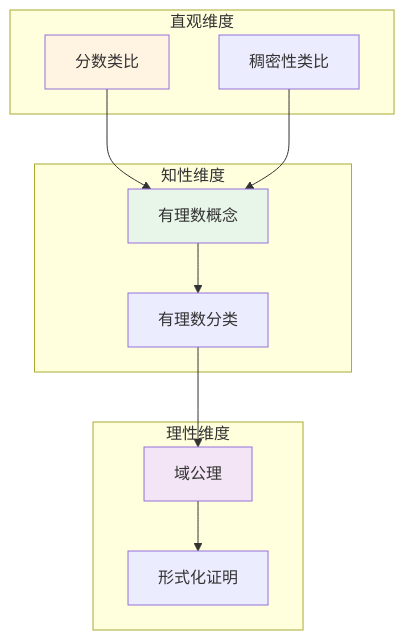
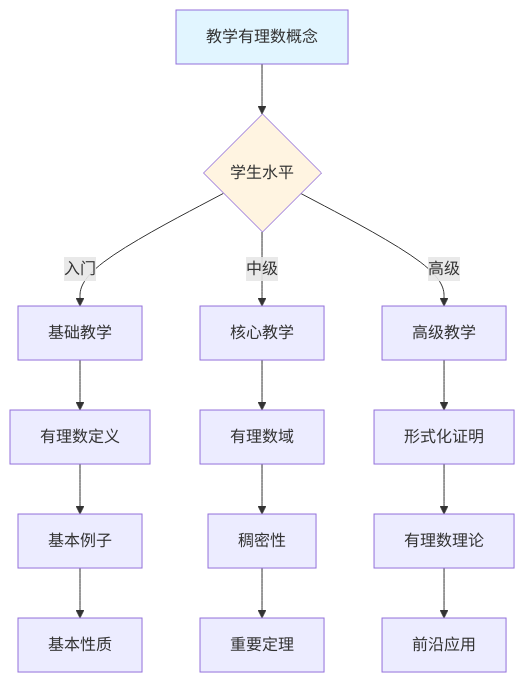
Before and after one commit to AdaMartin18010/FormalMath: the tenth of 10 diagrams in concept/核心概念/05-有理数.md, drawn with Mermaid. The commit also changed other lines of this file and 4793 other files, not shown here.

````diff
--- a/concept/核心概念/05-有理数.md
+++ b/concept/核心概念/05-有理数.md
@@ -865,27 +2484,22 @@
 ```mermaid
-graph TB
-    subgraph 直观维度
-        A1[分数类比]
-        A2[稠密性类比]
-    end
+graph TD
+    A[教学有理数概念] --> B{学生水平}
+    B -->|入门| C[基础教学]
+    B -->|中级| D[核心教学]
+    B -->|高级| E[高级教学]
 
-    subgraph 知性维度
-        B1[有理数概念]
-        B2[有理数分类]
-    end
+    C --> C1[有理数定义]
+    C1 --> C2[基本例子]
+    C2 --> C3[基本性质]
 
-    subgraph 理性维度
-        C1[域公理]
-        C2[形式化证明]
-    end
+    D --> D1[有理数域]
+    D1 --> D2[稠密性]
+    D2 --> D3[重要定理]
 
-    A1 --> B1
-    A2 --> B1
-    B1 --> B2
-    B2 --> C1
-    C1 --> C2
+    E --> E1[形式化证明]
+    E1 --> E2[有理数理论]
+    E2 --> E3[前沿应用]
 
-    style A1 fill:#fff4e1
-    style B1 fill:#e8f5e9
-    style C1 fill:#f3e5f5
+    style A fill:#e1f5ff
+    style B fill:#fff4e1
 ```
````
